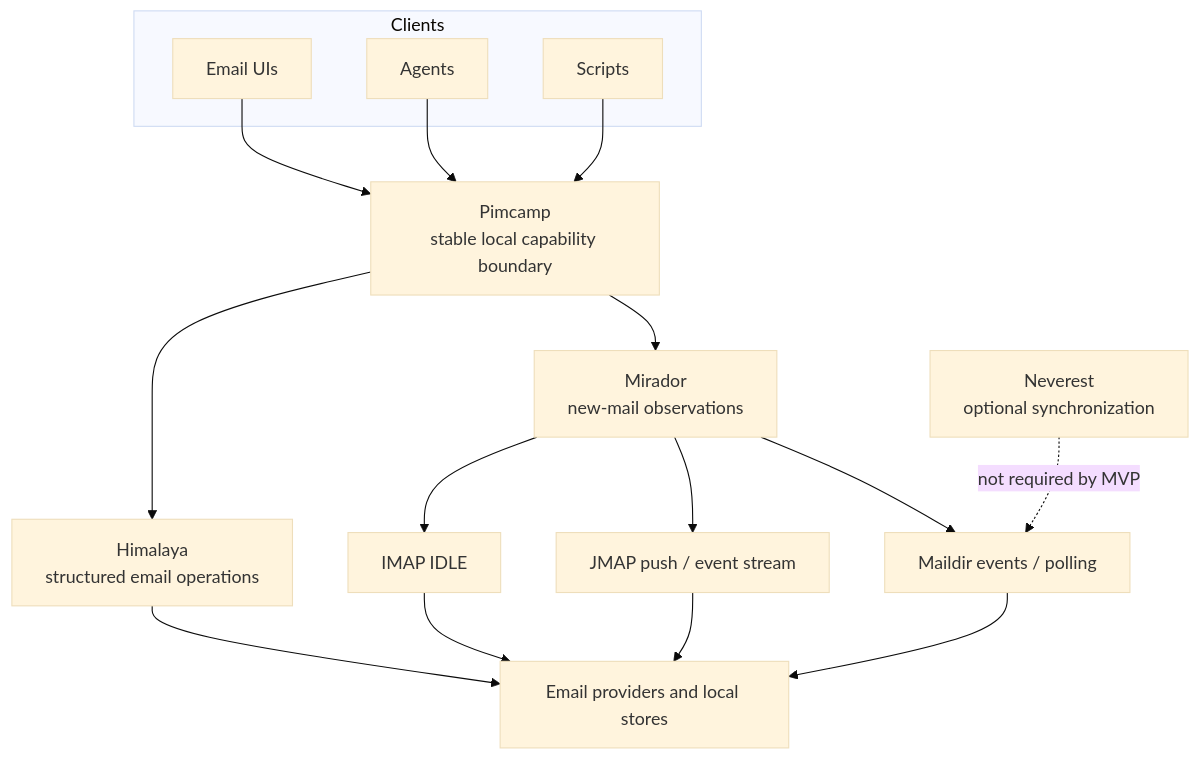
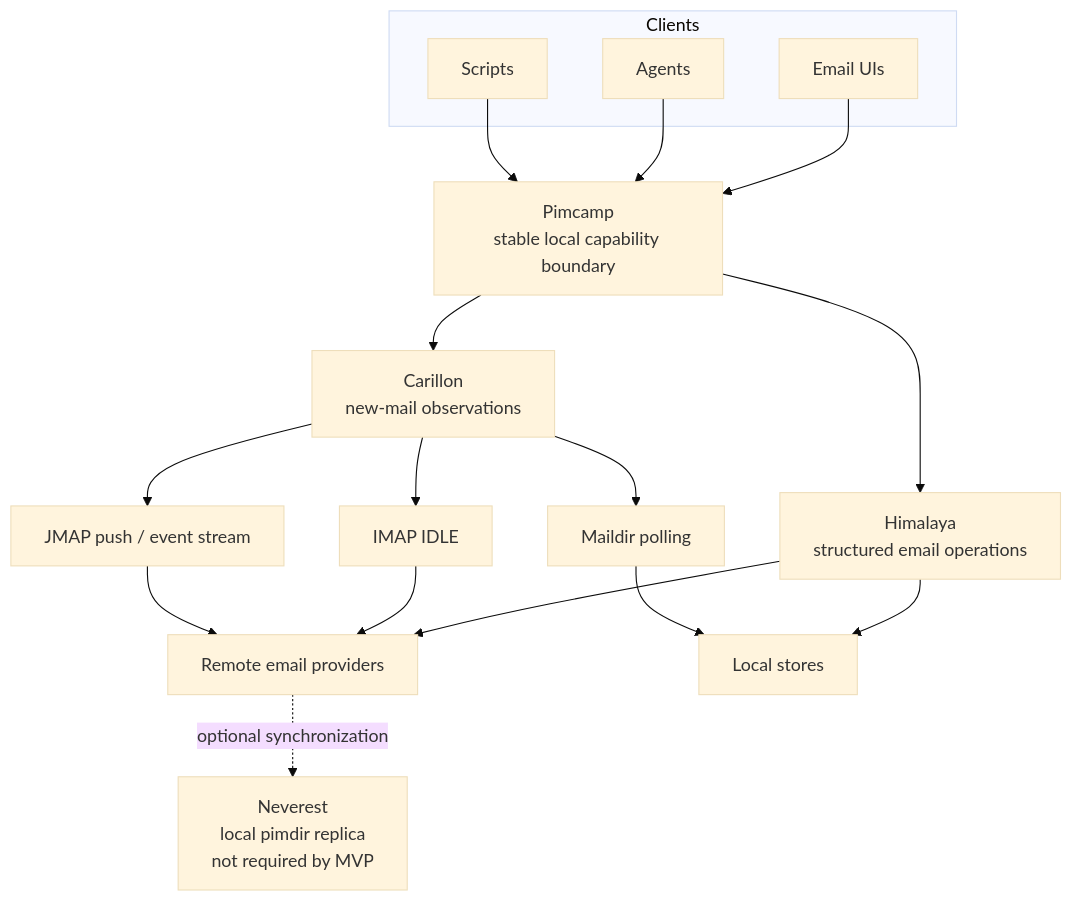
Before and after one commit to clickety-clacks/pimcamp: the diagram in README.md, drawn with Mermaid (base theme). The commit also changed other lines of this file, not shown here.

Commit message:
docs: correct Pimalaya ecosystem details

````diff
--- a/README.md
+++ b/README.md
@@ -13,27 +13,28 @@
 ```mermaid
 flowchart TB
     subgraph Clients
         UI[Email UIs]
         Agents[Agents]
         Scripts[Scripts]
     end
 
     UI --> Pimcamp
     Agents --> Pimcamp
     Scripts --> Pimcamp
 
     Pimcamp[Pimcamp<br/>stable local capability boundary]
 
     Pimcamp --> Himalaya[Himalaya<br/>structured email operations]
-    Pimcamp --> Mirador[Mirador<br/>new-mail observations]
+    Pimcamp --> Carillon[Carillon<br/>new-mail observations]
 
-    Himalaya --> Providers[Email providers and local stores]
-    Mirador --> IMAP[IMAP IDLE]
-    Mirador --> JMAP[JMAP push / event stream]
-    Mirador --> Maildir[Maildir events / polling]
+    Himalaya --> Providers[Remote email providers]
+    Himalaya --> LocalStores[Local stores]
+    Carillon --> IMAP[IMAP IDLE]
+    Carillon --> JMAP[JMAP push / event stream]
+    Carillon --> Maildir[Maildir polling]
     IMAP --> Providers
     JMAP --> Providers
-    Maildir --> Providers
+    Maildir --> LocalStores
 
-    Neverest[Neverest<br/>optional synchronization] -. not required by MVP .-> Maildir
+    Providers -. optional synchronization .-> Neverest[Neverest<br/>local pimdir replica<br/>not required by MVP]
 ```
````
